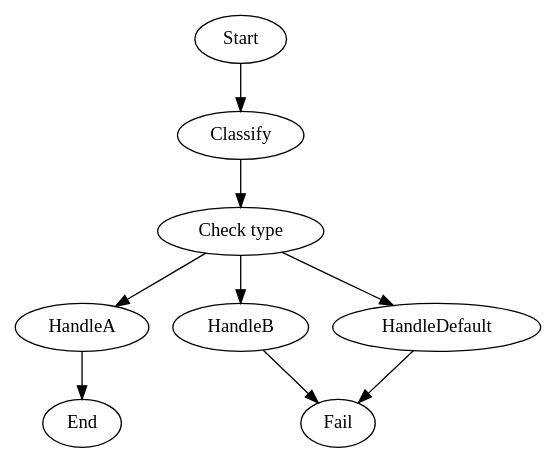
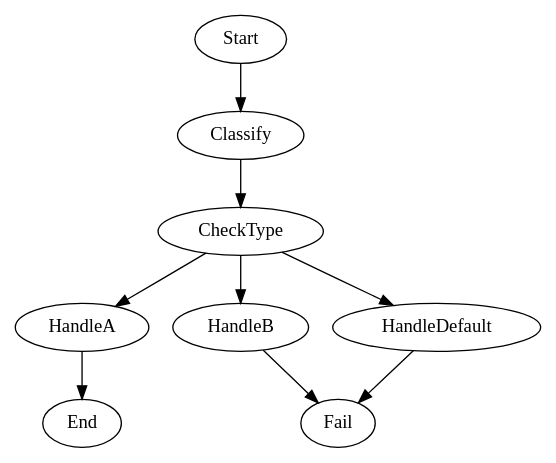
Before and after one commit to stencila/stencila: the diagram in .stencila/workflows/test-context-conditions/WORKFLOW.md, drawn with Graphviz. The commit also changed 20 other files, not shown here.

````diff
--- a/.stencila/workflows/test-context-conditions/WORKFLOW.md
+++ b/.stencila/workflows/test-context-conditions/WORKFLOW.md
@@ -8,24 +8,24 @@
 ```dot
 digraph Workflow {
   Start -> Classify
 
-  Classify [cmd="printf type-a"]
+  Classify [shell="printf type-a"]
   Classify -> CheckType
 
-  CheckType [label="Check type"]
+  CheckType [branch="Check type"]
   CheckType -> HandleA [condition="context.shell.output=type-a"]
   CheckType -> HandleB [condition="context.shell.output=type-b"]
   CheckType -> HandleDefault
 
-  HandleA [cmd="printf handled-a"]
+  HandleA [shell="printf handled-a"]
   HandleA -> End
 
-  HandleB [cmd="printf handled-b"]
+  HandleB [shell="printf handled-b"]
   HandleB -> Fail
 
-  HandleDefault [cmd="printf handled-default"]
+  HandleDefault [shell="printf handled-default"]
   HandleDefault -> Fail
 
   Fail
 }
 ```
````
